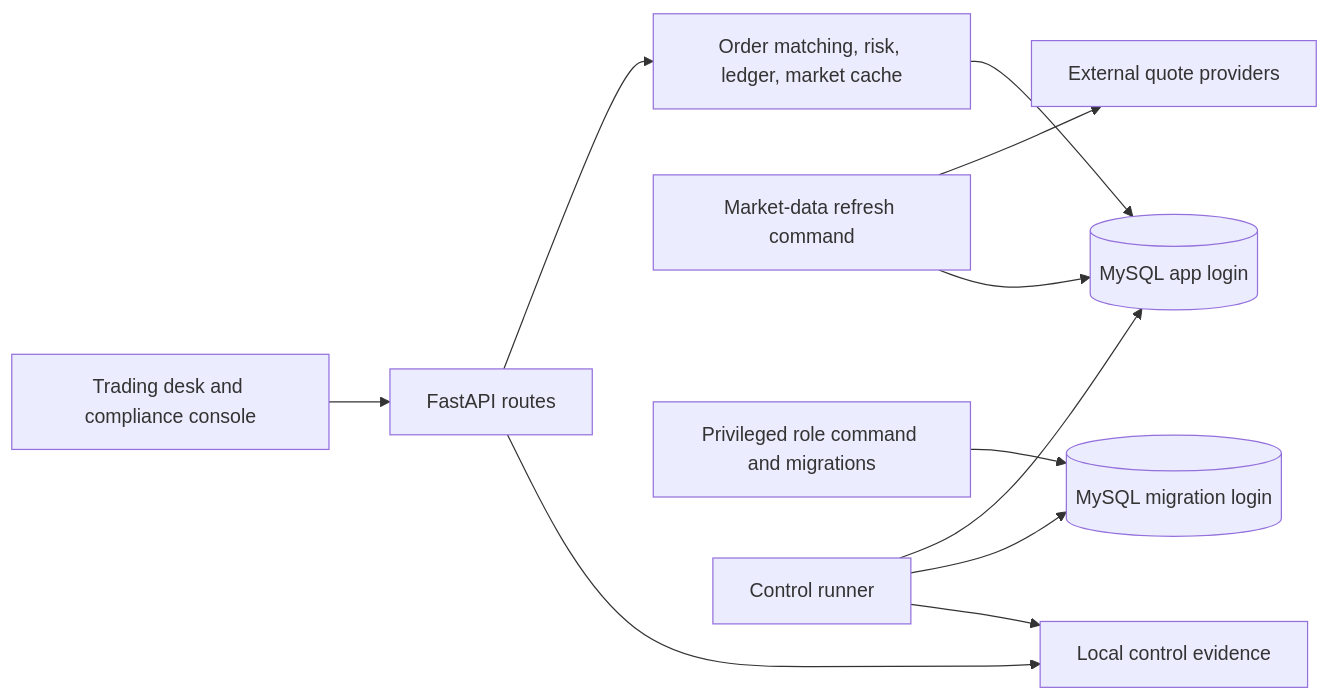
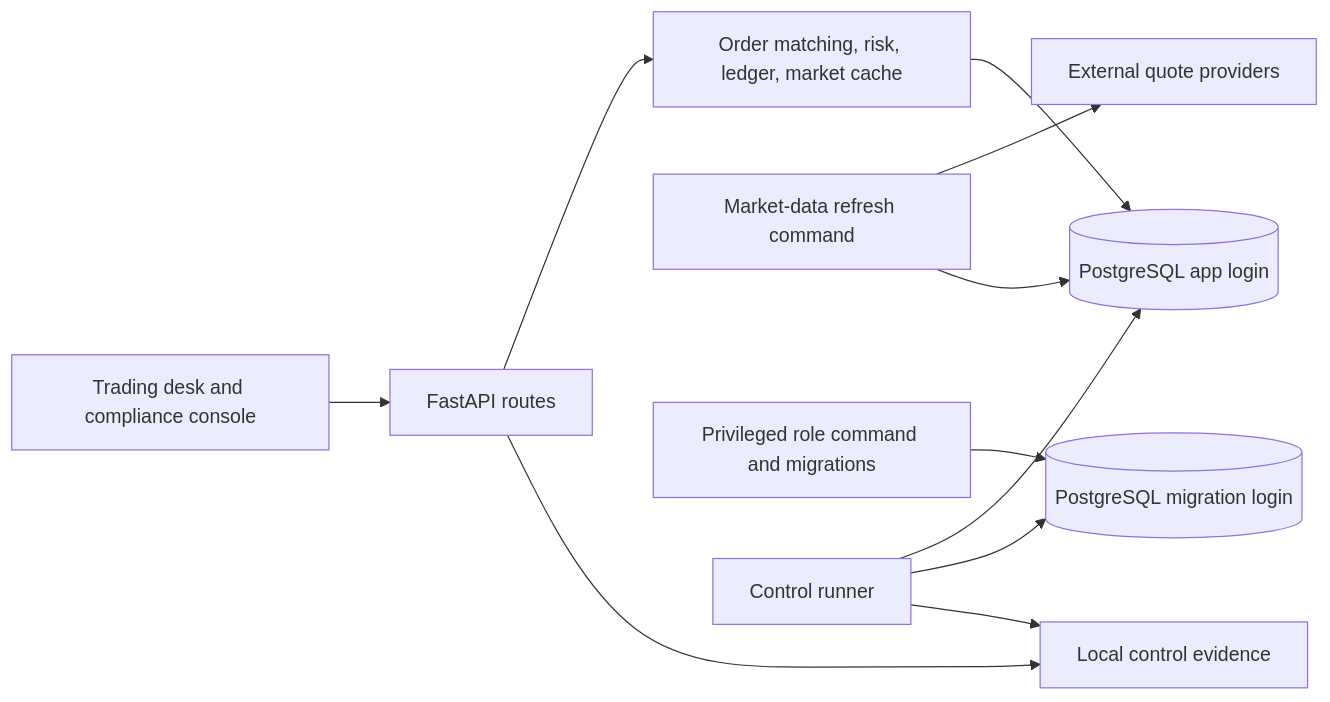
The diagram in Architecture.md (slowgold05/Fintech-trading-risk-engine), drawn with Mermaid before and after one commit. The commit also changed other lines of this file and 11 other files, not shown here.

Commit message:
Migrate local app data to PostgreSQL

````diff
--- a/Architecture.md
+++ b/Architecture.md
@@ -5,13 +5,13 @@
 ```mermaid
 flowchart LR
     Browser[Trading desk and compliance console] --> API[FastAPI routes]
     API --> Services[Order matching, risk, ledger, market cache]
-    Services --> AppDB[(MySQL app login)]
+    Services --> AppDB[(PostgreSQL app login)]
     MarketJob[Market-data refresh command] --> Providers[External quote providers]
     MarketJob --> AppDB
-    Operator[Privileged role command and migrations] --> AdminDB[(MySQL migration login)]
+    Operator[Privileged role command and migrations] --> AdminDB[(PostgreSQL migration login)]
     Controls[Control runner] --> AppDB
     Controls --> AdminDB
     Controls --> Evidence[Local control evidence]
     API --> Evidence
 ```
````
